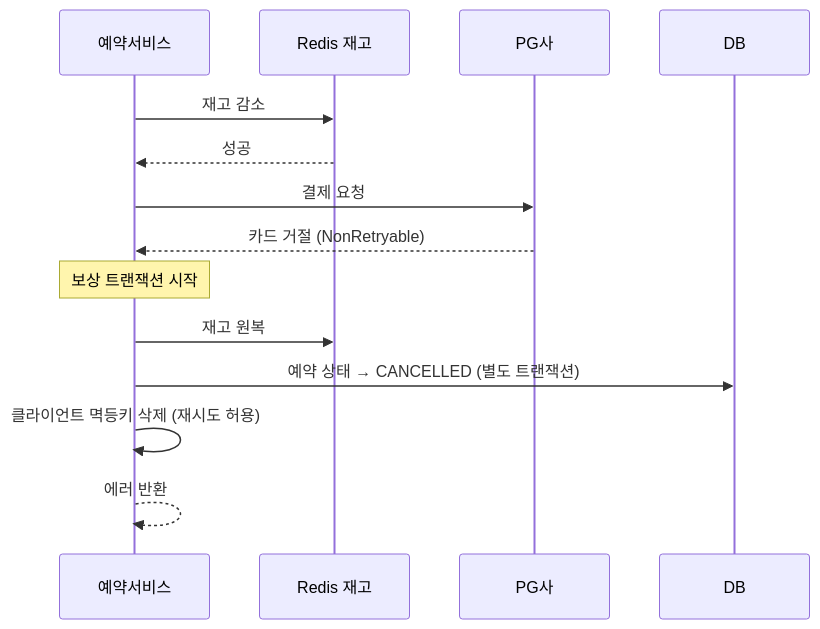
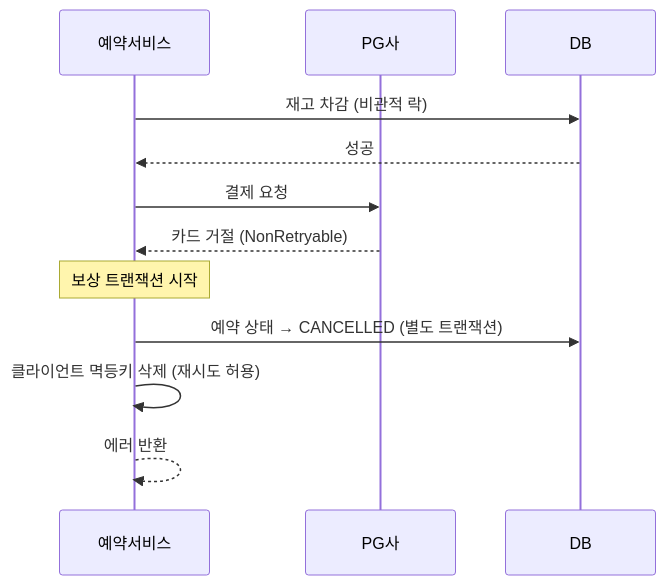
One commit to Jin409/hotdeal-reservation changed the fifth of 9 diagrams in README.md. Above: the diagram before and after it, drawn with Mermaid. The commit also changed other lines of this file, not shown here.

Commit message:
docs: Redis 재고 관리 제거로 인한 README 수정

````diff
--- a/README.md
+++ b/README.md
@@ -198,19 +198,17 @@
 ```mermaid
 sequenceDiagram
     participant 예약서비스
-    participant 재고 as Redis 재고
     participant PG사
     participant DB
 
-    예약서비스->>재고: 재고 감소
-    재고-->>예약서비스: 성공
+    예약서비스->>DB: 재고 차감 (비관적 락)
+    DB-->>예약서비스: 성공
 
     예약서비스->>PG사: 결제 요청
     PG사-->>예약서비스: 카드 거절 (NonRetryable)
 
     Note over 예약서비스: 보상 트랜잭션 시작
-    예약서비스->>재고: 재고 원복
     예약서비스->>DB: 예약 상태 → CANCELLED (별도 트랜잭션)
     예약서비스->>예약서비스: 클라이언트 멱등키 삭제 (재시도 허용)
     예약서비스-->>예약서비스: 에러 반환
 ```
````
